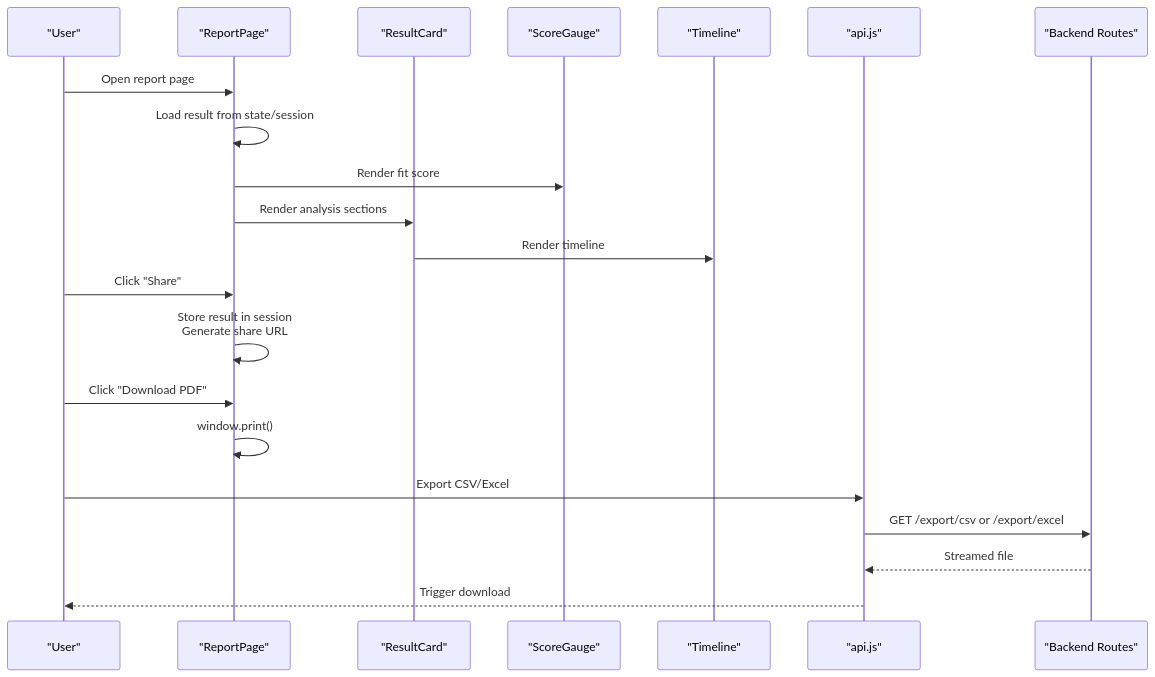
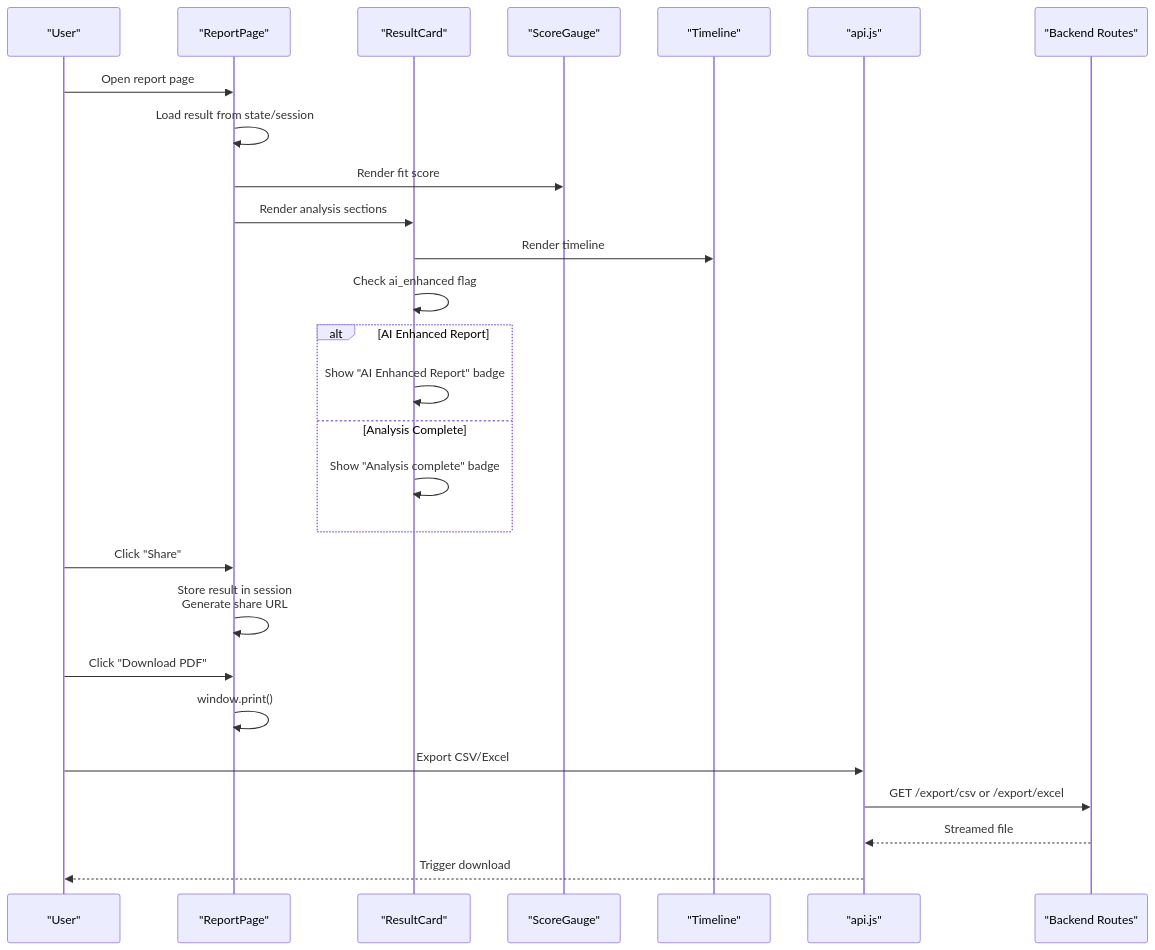
One commit to Revanththetalogics/aireume changed the second of 13 diagrams in .qoder/repowiki/en/content/Reporting & Analytics/Individual Reports.md. Above: the diagram before and after it, drawn with Mermaid. The commit also changed other lines of this file and 6 other files, not shown here.

````diff
--- a/.qoder/repowiki/en/content/Reporting & Analytics/Individual Reports.md
+++ b/.qoder/repowiki/en/content/Reporting & Analytics/Individual Reports.md
@@ -125,23 +147,29 @@
 ```mermaid
 sequenceDiagram
 participant User as "User"
 participant RP as "ReportPage"
 participant RC as "ResultCard"
 participant SG as "ScoreGauge"
 participant TL as "Timeline"
 participant API as "api.js"
 participant BE as "Backend Routes"
 User->>RP : Open report page
 RP->>RP : Load result from state/session
 RP->>SG : Render fit score
 RP->>RC : Render analysis sections
 RC->>TL : Render timeline
+RC->>RC : Check ai_enhanced flag
+alt AI Enhanced Report
+RC->>RC : Show "AI Enhanced Report" badge
+else Analysis Complete
+RC->>RC : Show "Analysis complete" badge
+end
 User->>RP : Click "Share"
 RP->>RP : Store result in session<br/>Generate share URL
 User->>RP : Click "Download PDF"
 RP->>RP : window.print()
 User->>API : Export CSV/Excel
 API->>BE : GET /export/csv or /export/excel
 BE-->>API : Streamed file
 API-->>User : Trigger download
 ```
````
